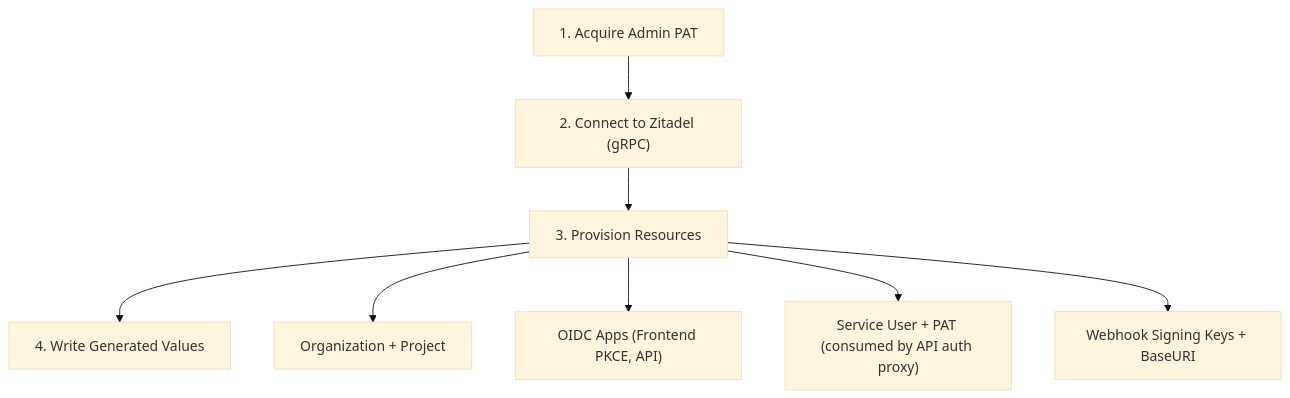
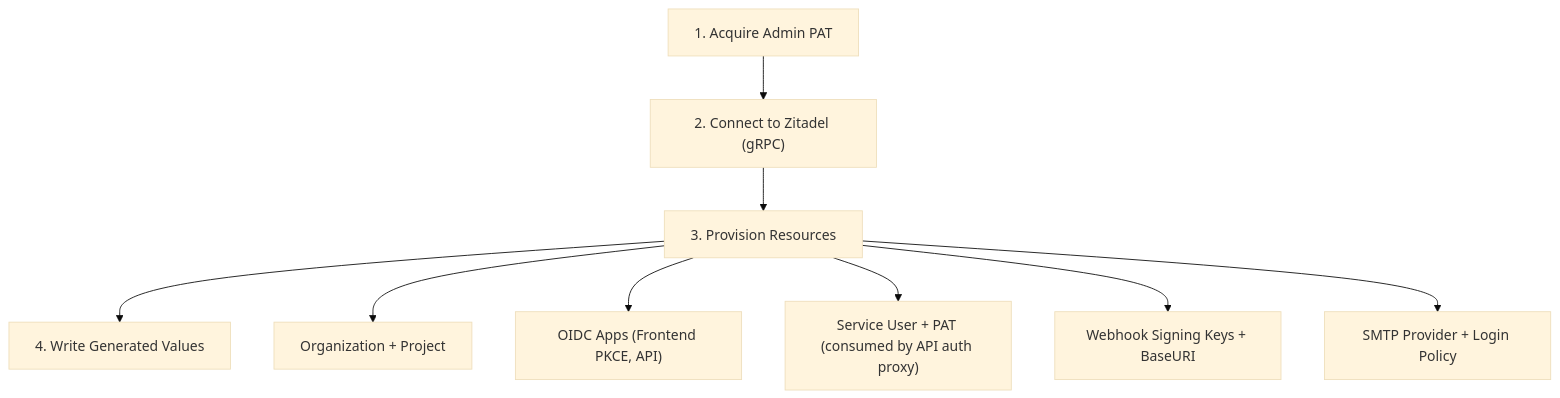
Before and after one commit to vhco-pro/stackweaver-frontend: the second of 2 diagrams in docs/user-guides/authentication/zitadel-setup.md, drawn with Mermaid (base theme). The commit also changed other lines of this file and 30 other files, not shown here.

Commit message:
feat(auth): email-only code delivery, managed SMTP and sign-up policy, Go 1.27.2 (#835) (#213)

````diff
--- a/docs/user-guides/authentication/zitadel-setup.md
+++ b/docs/user-guides/authentication/zitadel-setup.md
@@ -247,11 +252,12 @@
 ```mermaid
 flowchart TD
     A["1. Acquire Admin PAT"] --> B["2. Connect to Zitadel (gRPC)"]
     B --> C["3. Provision Resources"]
     C --> D["4. Write Generated Values"]
 
     C --> C1["Organization + Project"]
     C --> C2["OIDC Apps (Frontend PKCE, API)"]
     C --> C3["Service User + PAT (consumed by API auth proxy)"]
     C --> C4["Webhook Signing Keys + BaseURI"]
+    C --> C5["SMTP Provider + Login Policy"]
 ```
````
